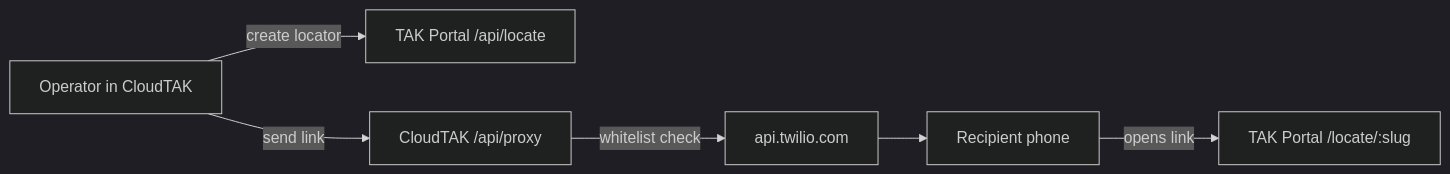
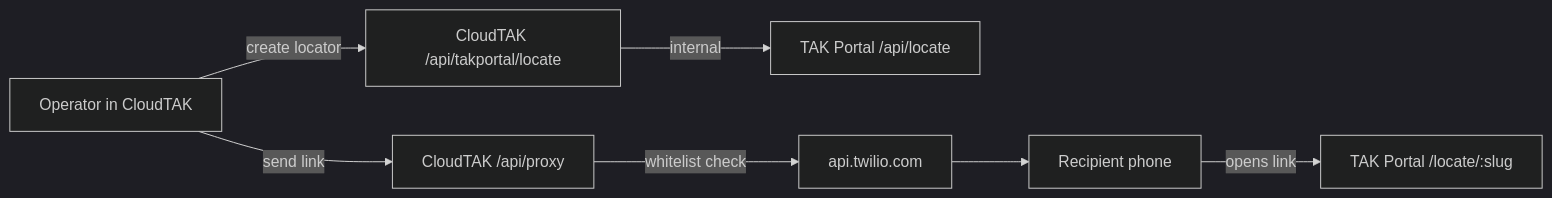
The diagram in README.md (clptak/cloudtak-plugin-locator), drawn with Mermaid (dark theme) before and after one commit. The commit also changed other lines of this file and 2 other files, not shown here.

First line of the commit message:
Route TAK Portal locate API through CloudTAK same-origin bridge.

````diff
--- a/README.md
+++ b/README.md
@@ -164,8 +193,9 @@
 ```mermaid
 flowchart LR
-    U[Operator in CloudTAK] -->|create locator| P[TAK Portal /api/locate]
+    U[Operator in CloudTAK] -->|create locator| B[CloudTAK /api/takportal/locate]
+    B -->|internal| P[TAK Portal /api/locate]
     U -->|send link| X[CloudTAK /api/proxy]
     X -->|whitelist check| T[api.twilio.com]
     T --> Ph[Recipient phone]
     Ph -->|opens link| L[TAK Portal /locate/:slug]
 ```
````
